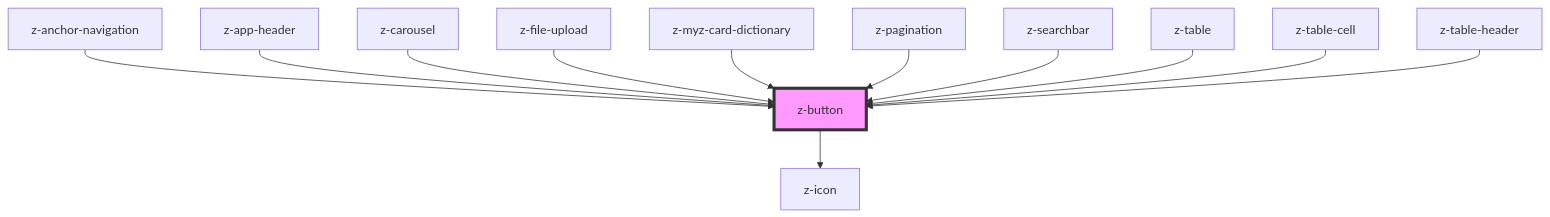
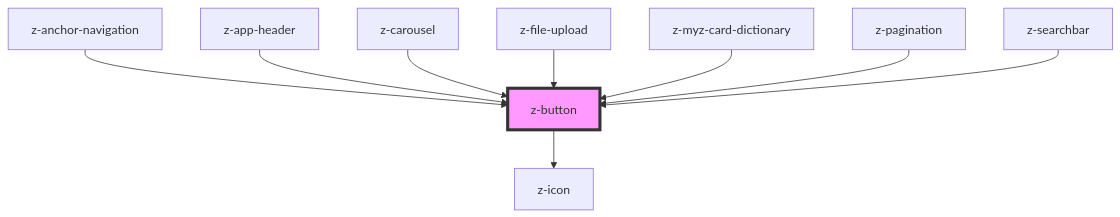
One commit to ZanichelliEditore/design-system changed the diagram in src/components/buttons/z-button/readme.md. Above: the diagram before and after it, drawn with Mermaid. The commit also changed other lines of this file and 75 other files, not shown here.

````diff
--- a/src/components/buttons/z-button/readme.md
+++ b/src/components/buttons/z-button/readme.md
@@ -127,15 +124,12 @@
 ```mermaid
 graph TD;
   z-button --> z-icon
   z-anchor-navigation --> z-button
   z-app-header --> z-button
   z-carousel --> z-button
   z-file-upload --> z-button
   z-myz-card-dictionary --> z-button
   z-pagination --> z-button
   z-searchbar --> z-button
-  z-table --> z-button
-  z-table-cell --> z-button
-  z-table-header --> z-button
   style z-button fill:#f9f,stroke:#333,stroke-width:4px
 ```
````
